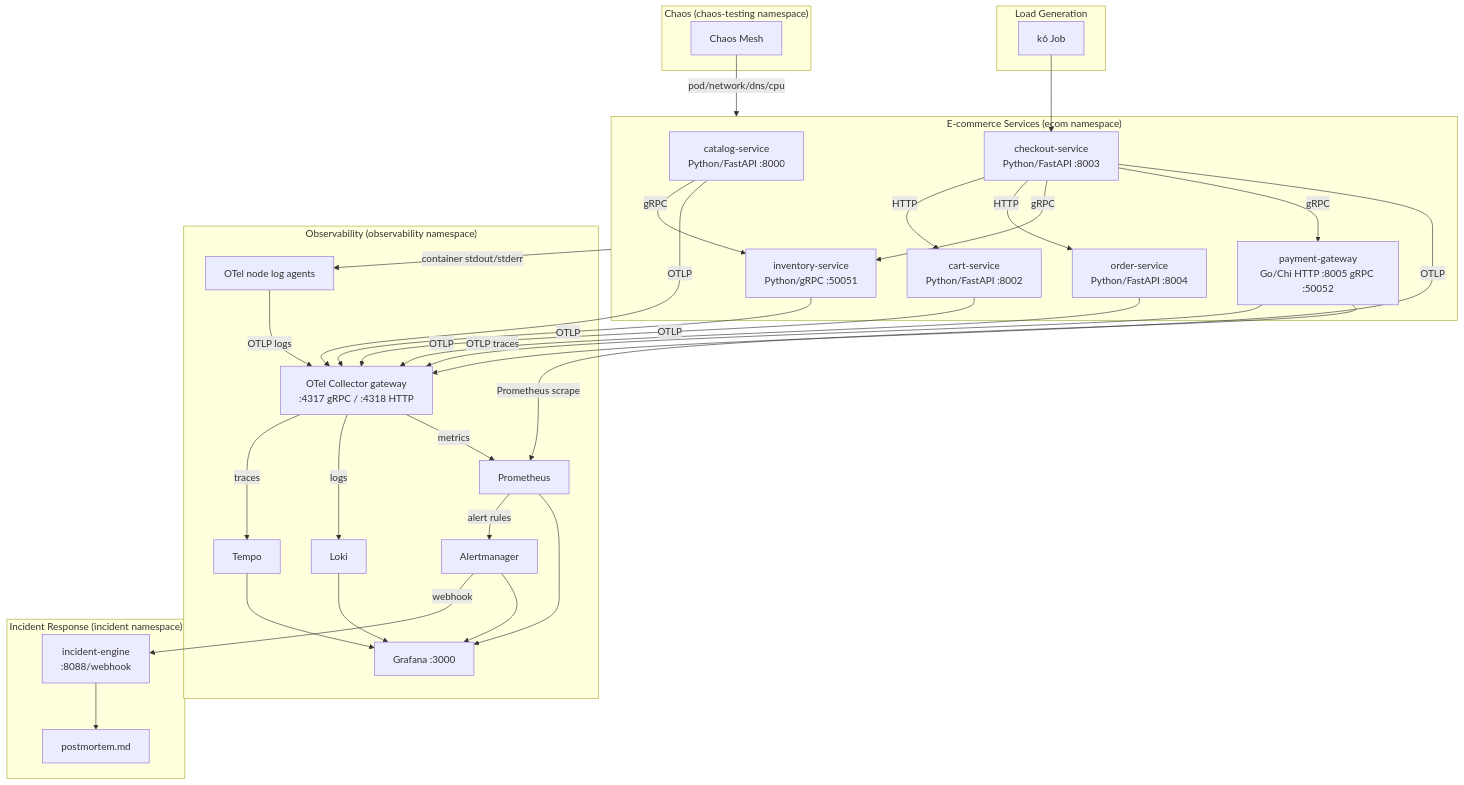
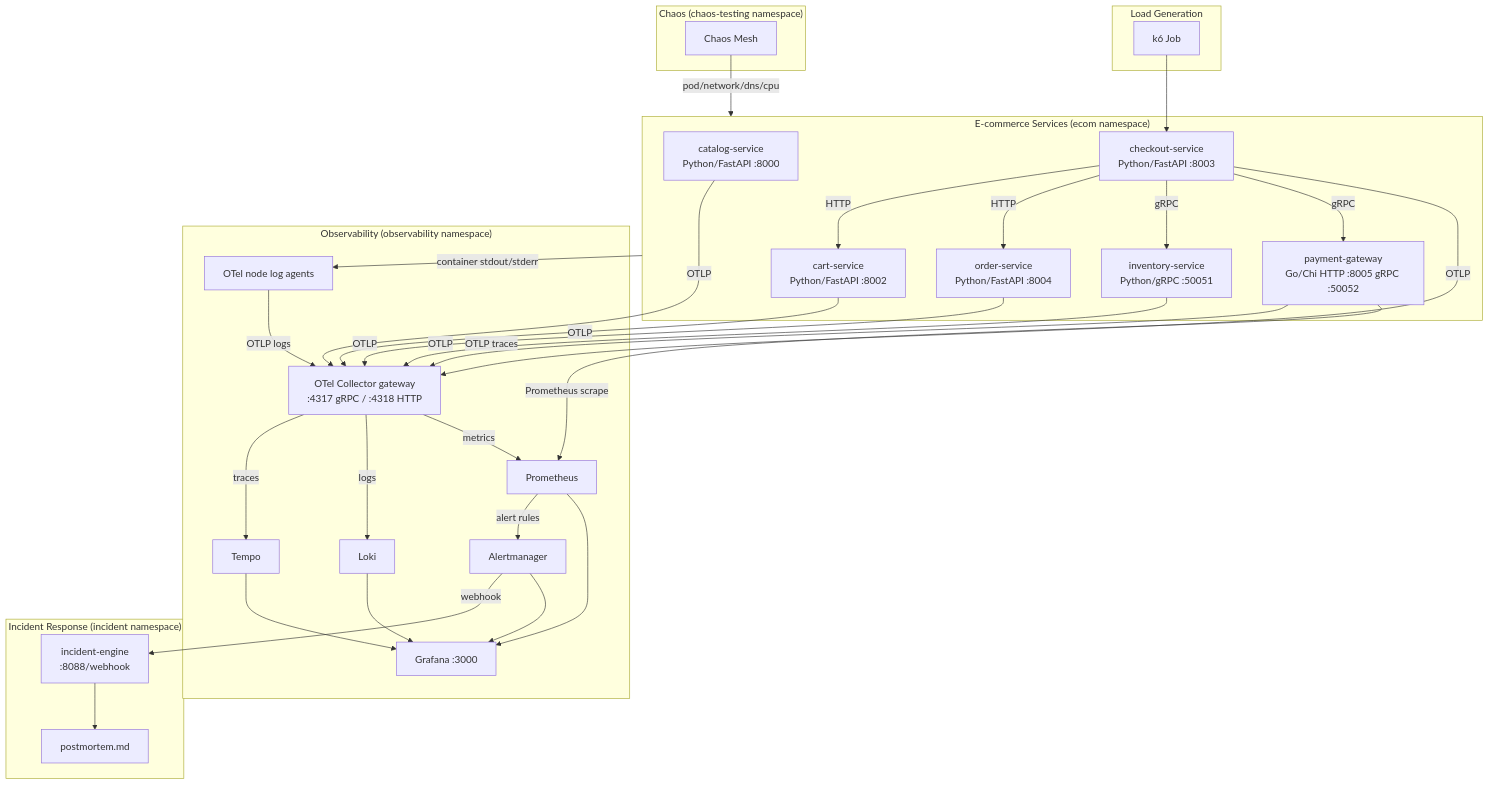
Before and after one commit to meillaya/flow-qs: the diagram in docs/ARCHITECTURE.md, drawn with Mermaid. The commit also changed other lines of this file and 37 other files, not shown here.

````diff
--- a/docs/ARCHITECTURE.md
+++ b/docs/ARCHITECTURE.md
@@ -7,67 +7,66 @@
 ```mermaid
 graph TB
     subgraph Load["Load Generation"]
         k6[k6 Job]
     end
 
     subgraph Services["E-commerce Services (ecom namespace)"]
         catalog[catalog-service<br/>Python/FastAPI :8000]
         inventory[inventory-service<br/>Python/gRPC :50051]
         cart[cart-service<br/>Python/FastAPI :8002]
         checkout[checkout-service<br/>Python/FastAPI :8003]
         order[order-service<br/>Python/FastAPI :8004]
         payment[payment-gateway<br/>Go/Chi HTTP :8005 gRPC :50052]
     end
 
     subgraph Observability["Observability (observability namespace)"]
         otel[OTel Collector gateway<br/>:4317 gRPC / :4318 HTTP]
         agents[OTel node log agents]
         tempo[Tempo]
         loki[Loki]
         prom[Prometheus]
         am[Alertmanager]
         grafana[Grafana :3000]
     end
 
     subgraph Response["Incident Response (incident namespace)"]
         engine[incident-engine<br/>:8088/webhook]
         postmortem[postmortem.md]
     end
 
     subgraph Chaos["Chaos (chaos-testing namespace)"]
         chaos[Chaos Mesh]
     end
 
     k6 --> checkout
     checkout -->|HTTP| cart
     checkout -->|HTTP| order
     checkout -->|gRPC| inventory
     checkout -->|gRPC| payment
-    catalog -->|gRPC| inventory
 
     catalog -->|OTLP| otel
     inventory -->|OTLP| otel
     cart -->|OTLP| otel
     checkout -->|OTLP| otel
     order -->|OTLP| otel
     payment -->|OTLP traces| otel
     payment -->|Prometheus scrape| prom
 
     Services -->|container stdout/stderr| agents
     agents -->|OTLP logs| otel
 
     otel -->|traces| tempo
     otel -->|logs| loki
     otel -->|metrics| prom
 
     prom -->|alert rules| am
     am -->|webhook| engine
     engine --> postmortem
 
     tempo --> grafana
     loki --> grafana
     prom --> grafana
     am --> grafana
 
     chaos -->|pod/network/dns/cpu| Services
 ```
````
